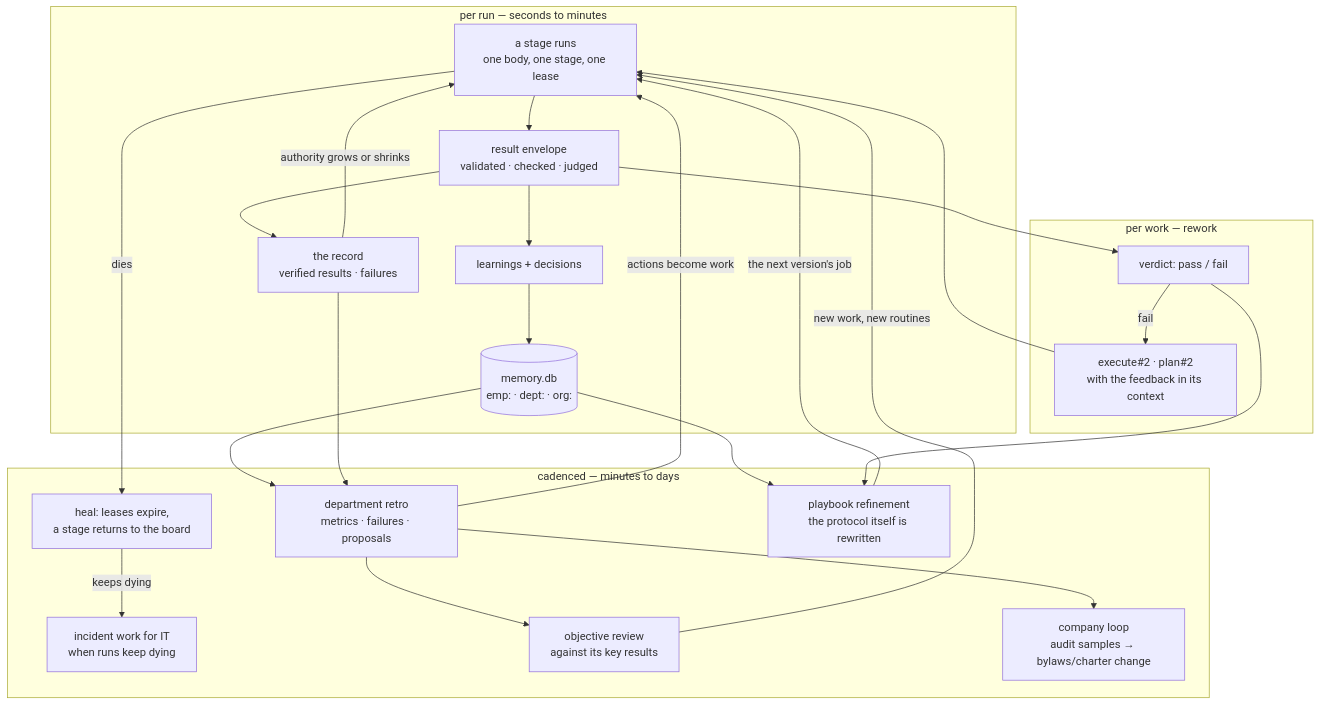
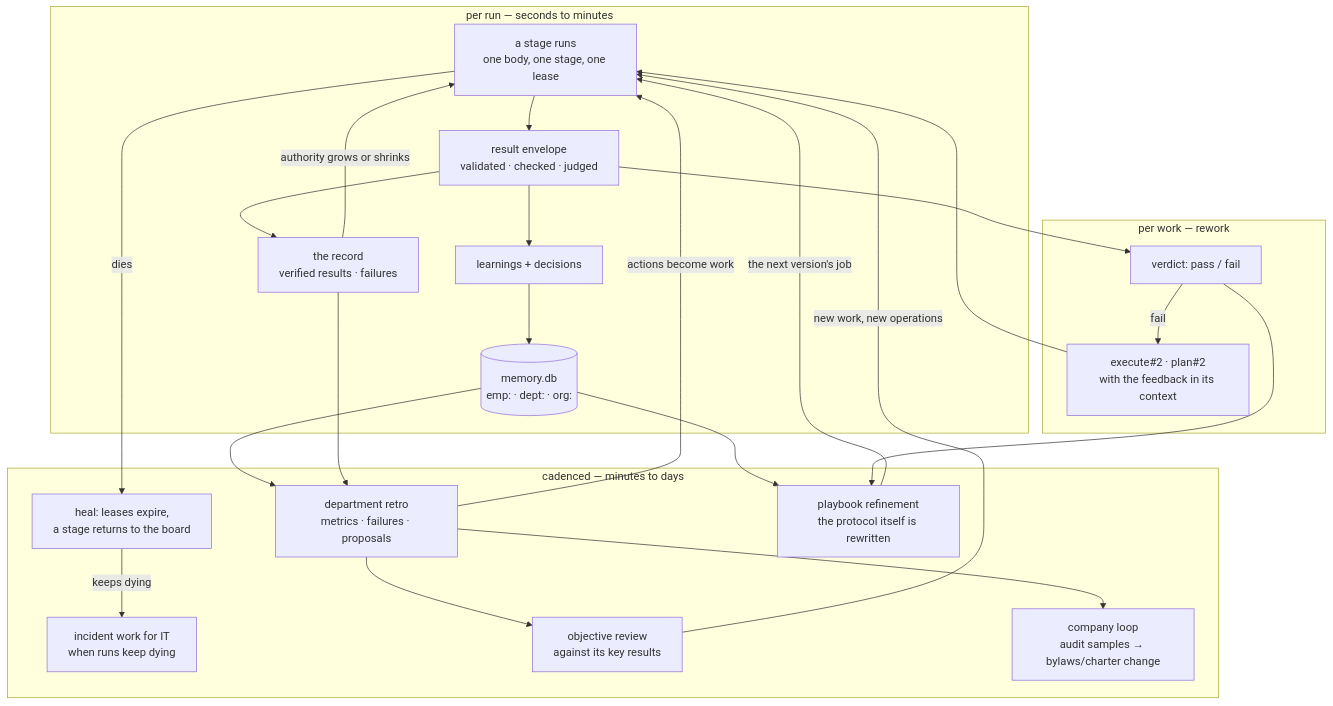
The diagram in docs/architecture/the-learning-organization.md (HarshRajSinghania/holon), drawn with Mermaid before and after one commit. The commit also changed other lines of this file and 59 other files, not shown here.

First line of the commit message:
agentic-os wide: routines are operations, and the grade reads an operation's shape

````diff
--- a/docs/architecture/the-learning-organization.md
+++ b/docs/architecture/the-learning-organization.md
@@ -13,41 +13,41 @@
 ```mermaid
 graph TB
     subgraph perRun["per run — seconds to minutes"]
         RUN["a stage runs<br/>one body, one stage, one lease"]
         RES["result envelope<br/>validated · checked · judged"]
         LEARN["learnings + decisions"]
         MEM[("memory.db<br/>emp: · dept: · org:")]
         EARN["the record<br/>verified results · failures"]
     end
 
     subgraph perWork["per work — rework"]
         VERD["verdict: pass / fail"]
         REDO["execute#2 · plan#2<br/>with the feedback in its context"]
     end
 
     subgraph cadence["cadenced — minutes to days"]
         HEAL["heal: leases expire,<br/>a stage returns to the board"]
         INC["incident work for IT<br/>when runs keep dying"]
         DEPT["department retro<br/>metrics · failures · proposals"]
         PB["playbook refinement<br/>the protocol itself is rewritten"]
         OBJ["objective review<br/>against its key results"]
         COMP["company loop<br/>audit samples → bylaws/charter change"]
     end
 
     RUN --> RES
     RES --> LEARN --> MEM
     RES --> EARN -->|authority grows or shrinks| RUN
     RES --> VERD
     VERD -->|fail| REDO --> RUN
     RUN -->|dies| HEAL
     HEAL -->|keeps dying| INC
     MEM --> DEPT
     EARN --> DEPT
     DEPT -->|actions become work| RUN
     MEM --> PB
     VERD --> PB
     PB -->|the next version's job| RUN
     DEPT --> OBJ
-    OBJ -->|new work, new routines| RUN
+    OBJ -->|new work, new operations| RUN
     DEPT --> COMP
 ```
````
